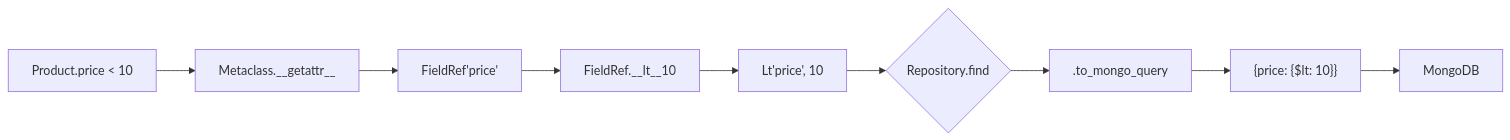
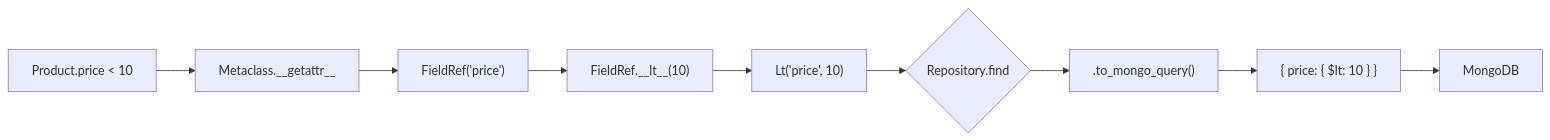
The diagram in docs/blog/part-1-typing-mongodb.md (wailbentafat/Vellum), drawn with Mermaid before and after one commit. The commit also changed 61 other files, not shown here.

Commit message:
fix: mermaid special chars in blog diagrams

````diff
--- a/docs/blog/part-1-typing-mongodb.md
+++ b/docs/blog/part-1-typing-mongodb.md
@@ -144,11 +144,11 @@
 ```mermaid
 flowchart LR
-    A["Product.price < 10"] --> B[Metaclass.__getattr__]
-    B --> C[FieldRef'price']
-    C --> D[FieldRef.__lt__10]
-    D --> E[Lt'price', 10]
-    E --> F{Repository.find}
-    F --> G[.to_mongo_query]
-    G --> H["{price: {$lt: 10}}"]
-    H --> I[MongoDB]
+    A["Product.price < 10"] --> B["Metaclass.__getattr__"]
+    B --> C["FieldRef('price')"]
+    C --> D["FieldRef.__lt__(10)"]
+    D --> E["Lt('price', 10)"]
+    E --> F{"Repository.find"}
+    F --> G[".to_mongo_query()"]
+    G --> H["{ price: { $lt: 10 } }"]
+    H --> I["MongoDB"]
 ```
````
